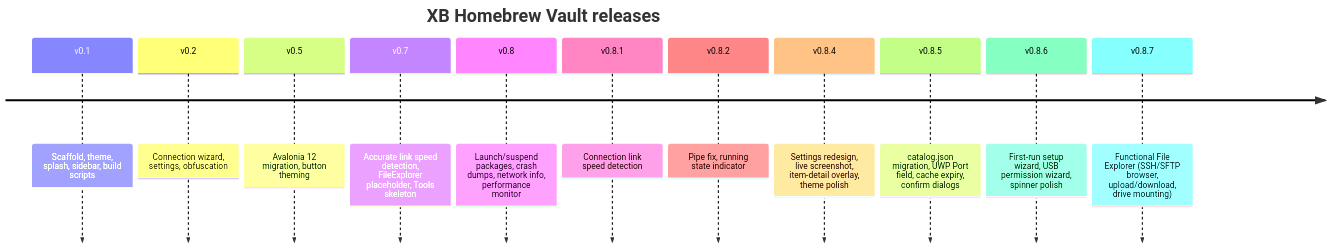
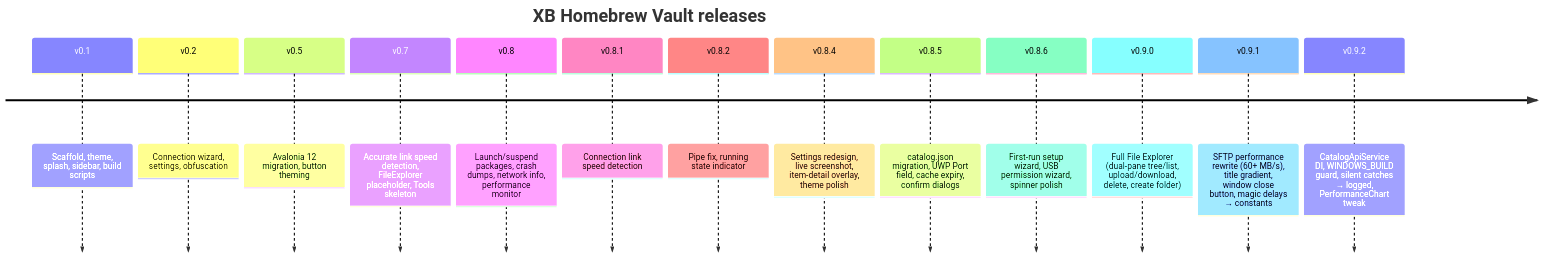
One commit to marcelofrau/xb-homebrew-vault changed the first of 3 diagrams in docs/roadmap.md. Above: the diagram before and after it, drawn with Mermaid. The commit also changed other lines of this file and 11 other files, not shown here.

First line of the commit message:
chore: bump v0.9.3 — roadmap/readme update, silent-catches fix, AdminHelper removal

````diff
--- a/docs/roadmap.md
+++ b/docs/roadmap.md
@@ -18,15 +18,17 @@
 ```mermaid
 timeline
     title XB Homebrew Vault releases
     v0.1 : Scaffold, theme, splash, sidebar, build scripts
     v0.2 : Connection wizard, settings, obfuscation
     v0.5 : Avalonia 12 migration, button theming
     v0.7 : Accurate link speed detection, FileExplorer placeholder, Tools skeleton
     v0.8 : Launch/suspend packages, crash dumps, network info, performance monitor
     v0.8.1 : Connection link speed detection
     v0.8.2 : Pipe fix, running state indicator
     v0.8.4 : Settings redesign, live screenshot, item-detail overlay, theme polish
     v0.8.5 : catalog.json migration, UWP Port field, cache expiry, confirm dialogs
     v0.8.6 : First-run setup wizard, USB permission wizard, spinner polish
-    v0.8.7 : Functional File Explorer (SSH/SFTP browser, upload/download, drive mounting)
+    v0.9.0 : Full File Explorer (dual-pane tree/list, upload/download, delete, create folder)
+    v0.9.1 : SFTP performance rewrite (60+ MB/s), title gradient, window close button, magic delays → constants
+    v0.9.2 : CatalogApiService DI, WINDOWS_BUILD guard, silent catches → logged, PerformanceChart tweak
 ```
````
